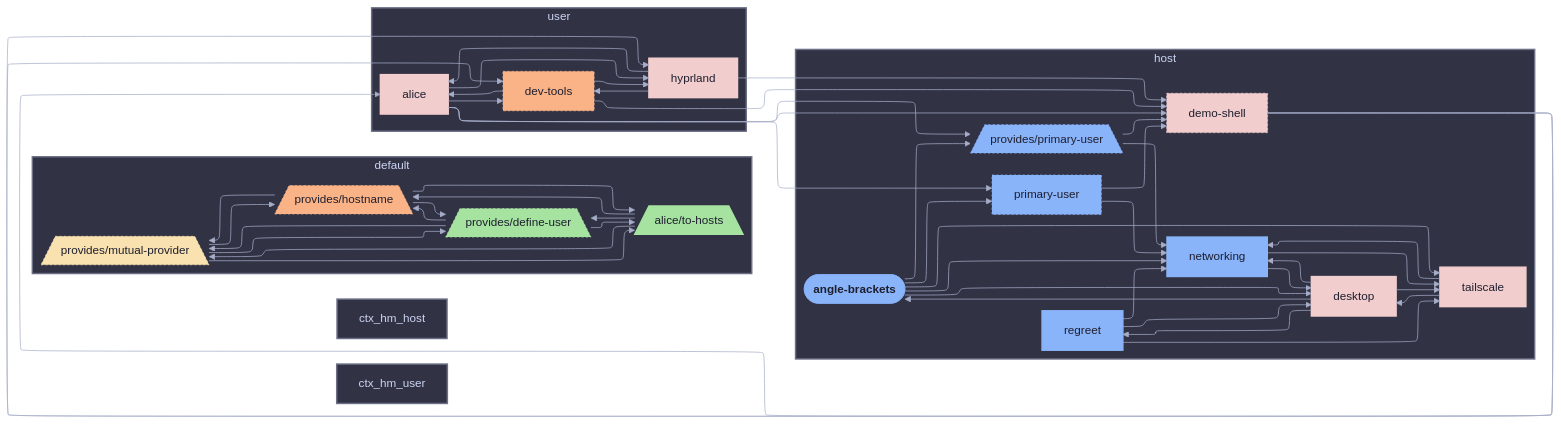
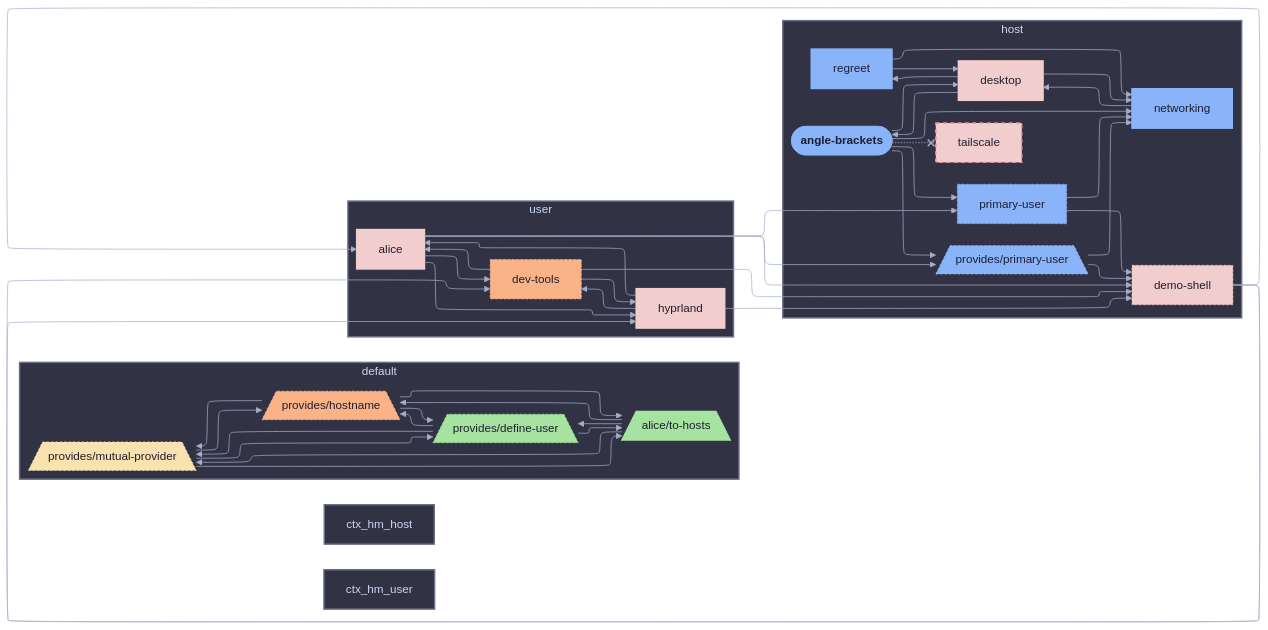
One commit to sini/den changed the diagram in templates/diag-fx-demo/diagrams/angle-brackets-aspects.md. Above: the diagram before and after it, drawn with Mermaid. The commit also changed 526 other files, not shown here.

Commit message:
chore: update fx diagrams

```diff
--- a/templates/diag-fx-demo/diagrams/angle-brackets-aspects.md
+++ b/templates/diag-fx-demo/diagrams/angle-brackets-aspects.md
@@ -16,22 +16,17 @@
   tailscale["tailscale"]:::tailscale_c
   angle_brackets --> desktop
   angle_brackets --> networking
-  angle_brackets --> tailscale
   angle_brackets --> primary_user
   angle_brackets --> den__provides__primary_user
+  angle_brackets -.-x tailscale
   den__provides__primary_user --> demo_shell
   den__provides__primary_user --> networking
   desktop --> angle_brackets
   desktop --> networking
-  desktop --> tailscale
   desktop --> regreet
   networking --> desktop
   regreet --> desktop
-  tailscale --> desktop
   regreet --> networking
-  tailscale --> networking
-  networking --> tailscale
-  regreet --> tailscale
   primary_user --> demo_shell
   primary_user --> networking
   end
@@ -89,7 +84,7 @@
   classDef primary_user_c fill:#89b4fa,stroke:#89b4fa,color:#1e1e2e,stroke-dasharray: 3 3,stroke-width:1px
   classDef den__provides__primary_user_c fill:#89b4fa,stroke:#89b4fa,color:#1e1e2e,stroke-dasharray: 3 3,stroke-width:1px
   classDef regreet_c fill:#89b4fa,stroke:#89b4fa,color:#1e1e2e,stroke-width:2px
-  classDef tailscale_c fill:#f2cdcd,stroke:#f2cdcd,color:#1e1e2e,stroke-width:2px
+  classDef tailscale_c fill:#f2cdcd,stroke:#f38ba8,color:#1e1e2e,stroke-dasharray: 5 5,stroke-width:2px
   classDef alice__to_hosts_c fill:#a6e3a1,stroke:#a6e3a1,color:#1e1e2e,stroke-width:2px
 style ctx_host fill:#313244,stroke:#6c7086,stroke-width:2px
 style ctx_default fill:#313244,stroke:#6c7086,stroke-width:2px
```
